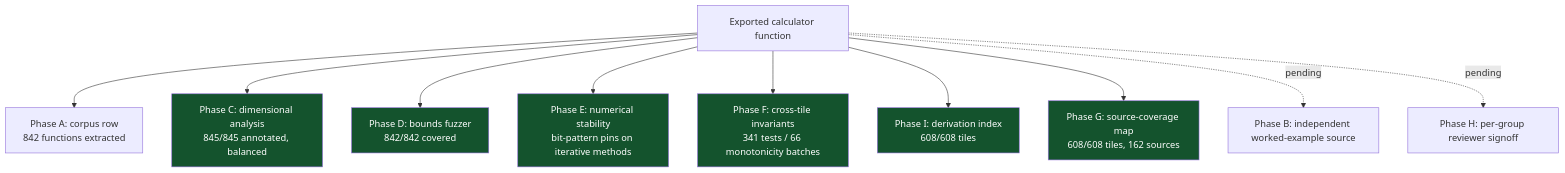
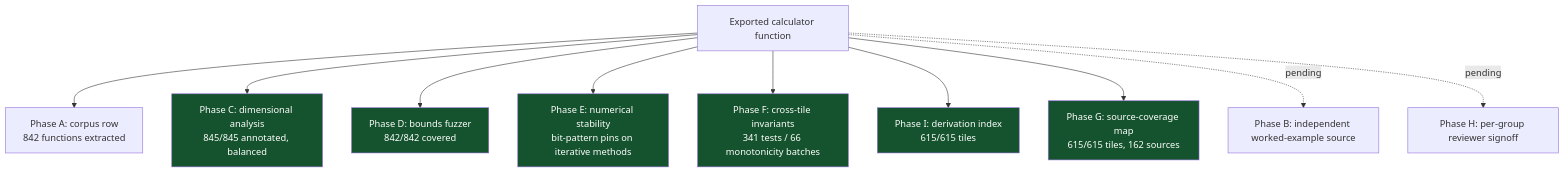
The sixth of 8 diagrams in README.md (clay-good/roughlogic.com), drawn with Mermaid before and after one commit. The commit also changed other lines of this file and 22 other files, not shown here.

````diff
--- a/README.md
+++ b/README.md
@@ -474,18 +474,18 @@
 ```mermaid
 flowchart TB
     F[Exported calculator function] --> A[Phase A: corpus row\n842 functions extracted]
     F --> C[Phase C: dimensional analysis\n845/845 annotated, balanced]
     F --> D[Phase D: bounds fuzzer\n842/842 covered]
     F --> E[Phase E: numerical stability\nbit-pattern pins on iterative methods]
     F --> Fa[Phase F: cross-tile invariants\n341 tests / 66 monotonicity batches]
-    F --> I[Phase I: derivation index\n608/608 tiles]
-    F --> G[Phase G: source-coverage map\n608/608 tiles, 162 sources]
+    F --> I[Phase I: derivation index\n615/615 tiles]
+    F --> G[Phase G: source-coverage map\n615/615 tiles, 162 sources]
     F -.pending.-> B[Phase B: independent worked-example source]
     F -.pending.-> H[Phase H: per-group reviewer signoff]
     style C fill:#14532d,color:#fff
     style D fill:#14532d,color:#fff
     style E fill:#14532d,color:#fff
     style Fa fill:#14532d,color:#fff
     style G fill:#14532d,color:#fff
     style I fill:#14532d,color:#fff
 ```
````
